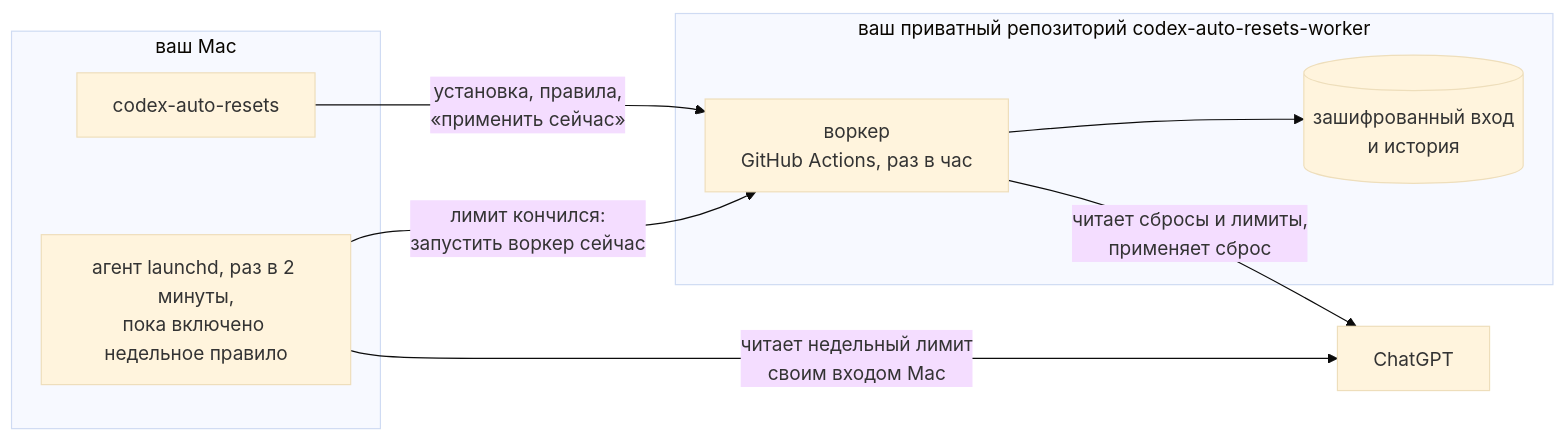
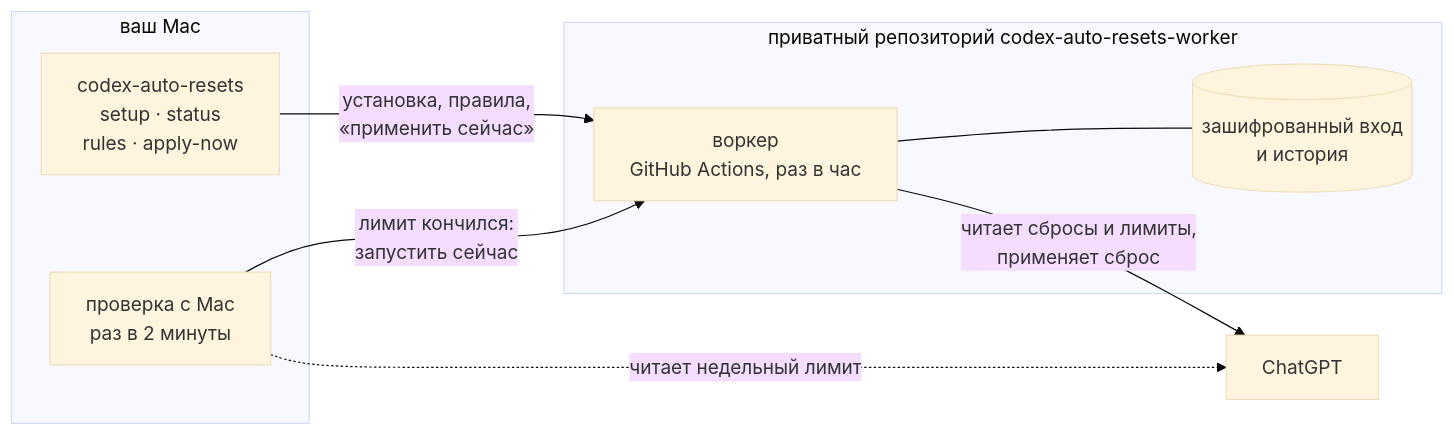
One commit to Keshaqaz/ares changed the diagram in docs/README.ru.md. Above: the diagram before and after it, drawn with Mermaid (base theme). The commit also changed other lines of this file and 4 other files, not shown here.

First line of the commit message:
Refresh the README for the current CLI: logo, screenshots and diagram

````diff
--- a/docs/README.ru.md
+++ b/docs/README.ru.md
@@ -67,15 +61,17 @@
 ```mermaid
 flowchart LR
   subgraph M["ваш Mac"]
-    CLI["codex-auto-resets"]
-    A["агент launchd, раз в 2 минуты,<br/>пока включено недельное правило"]
+    CLI["codex-auto-resets<br/>setup · status<br/>rules · apply-now"]
+    A["проверка с Mac<br/>раз в 2 минуты"]
   end
-  subgraph R["ваш приватный репозиторий codex-auto-resets-worker"]
-    W["воркер<br/>GitHub Actions, раз в час"] --> S[("зашифрованный вход<br/>и история")]
+  subgraph R["приватный репозиторий codex-auto-resets-worker"]
+    W["воркер<br/>GitHub Actions, раз в час"]
+    S[("зашифрованный вход<br/>и история")]
   end
   C["ChatGPT"]
   CLI -- "установка, правила,<br/>«применить сейчас»" --> W
-  A -- "читает недельный лимит<br/>своим входом Mac" --> C
-  A -- "лимит кончился:<br/>запустить воркер сейчас" --> W
+  A -. "читает недельный лимит" .-> C
+  A -- "лимит кончился:<br/>запустить сейчас" --> W
+  W --- S
   W -- "читает сбросы и лимиты,<br/>применяет сброс" --> C
 ```
````
